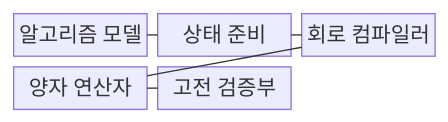
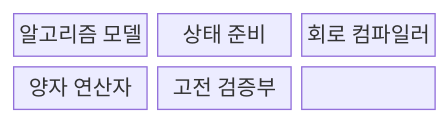
The first of 2 diagrams in src/content/docs/notes/08-latest-tech/212_quantum_computing.md (agnusdei1207/knowledge-base), drawn with Mermaid before and after one commit. The commit also changed other lines of this file and 228 other files, not shown here.

````diff
--- a/src/content/docs/notes/08-latest-tech/212_quantum_computing.md
+++ b/src/content/docs/notes/08-latest-tech/212_quantum_computing.md
@@ -50,13 +49,11 @@
 ```mermaid
 block-beta
   columns 3
-  A["알고리즘 모델"]
-  B["상태 준비"]
-  C["회로 컴파일러"]
-  D["양자 연산자"]
-  E["고전 검증부"]
-  A --- B
-  B --- C
-  C --- D
-  D --- E
+  N0["알고리즘 모델"]
+  N1["상태 준비"]
+  N2["회로 컴파일러"]
+  N3["양자 연산자"]
+  N4["고전 검증부"]
+  N0 --- N1 --- N2
+  N2 --- N3 --- N4
 ```
````
